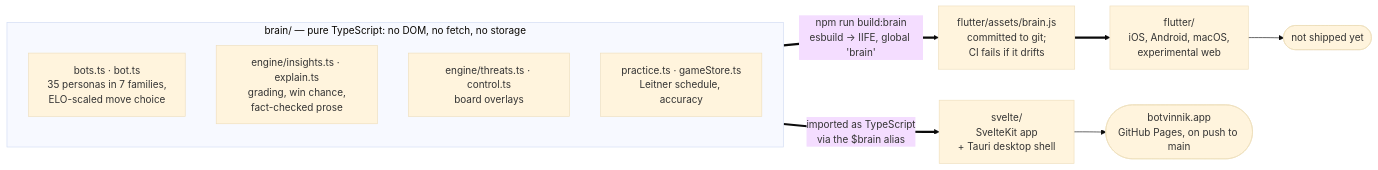
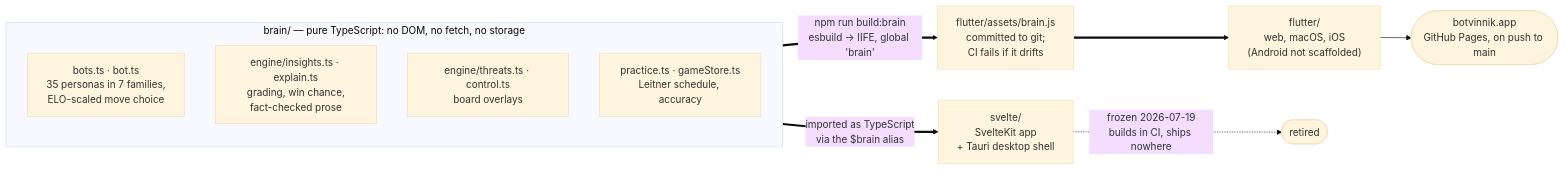
One commit to quadrismegistus/botvinnik changed the first of 5 diagrams in ARCHITECTURE.md. Above: the diagram before and after it, drawn with Mermaid (base theme).

Commit message:
ARCHITECTURE: the diagram still had Svelte deploying the site
It drew SVELTE --> botvinnik.app while pages.yml has uploaded
flutter/build/web since #39, and while the prose two sections below already
said the Svelte app is frozen and ships nowhere. Also updated the Flutter node,
which still called web 'experimental' and listed Android, which is not
scaffolded.

Found by an audit of open issues, which is a reminder that the docs go stale in
the same places the tracker does.

````diff
--- a/ARCHITECTURE.md
+++ b/ARCHITECTURE.md
@@ -15,16 +15,16 @@
 ```mermaid
 flowchart LR
     subgraph BRAIN["brain/ — pure TypeScript: no DOM, no fetch, no storage"]
         R["bots.ts · bot.ts<br/>35 personas in 7 families,<br/>ELO-scaled move choice"]
         G["engine/insights.ts · explain.ts<br/>grading, win chance,<br/>fact-checked prose"]
         O["engine/threats.ts · control.ts<br/>board overlays"]
         P["practice.ts · gameStore.ts<br/>Leitner schedule, accuracy"]
     end
 
     BRAIN ==>|"imported as TypeScript<br/>via the $brain alias"| SVELTE["svelte/<br/>SvelteKit app<br/>+ Tauri desktop shell"]
     BRAIN ==>|"npm run build:brain<br/>esbuild → IIFE, global 'brain'"| BUNDLE["flutter/assets/brain.js<br/>committed to git;<br/>CI fails if it drifts"]
-    BUNDLE ==> FLUTTER["flutter/<br/>iOS, Android, macOS,<br/>experimental web"]
+    BUNDLE ==> FLUTTER["flutter/<br/>web, macOS, iOS<br/>(Android not scaffolded)"]
 
-    SVELTE --> WEB(["botvinnik.app<br/>GitHub Pages, on push to main"])
-    FLUTTER --> APPS(["not shipped yet"])
+    FLUTTER --> WEB(["botvinnik.app<br/>GitHub Pages, on push to main"])
+    SVELTE -.->|"frozen 2026-07-19<br/>builds in CI, ships nowhere"| GONE(["retired"])
 ```
````
